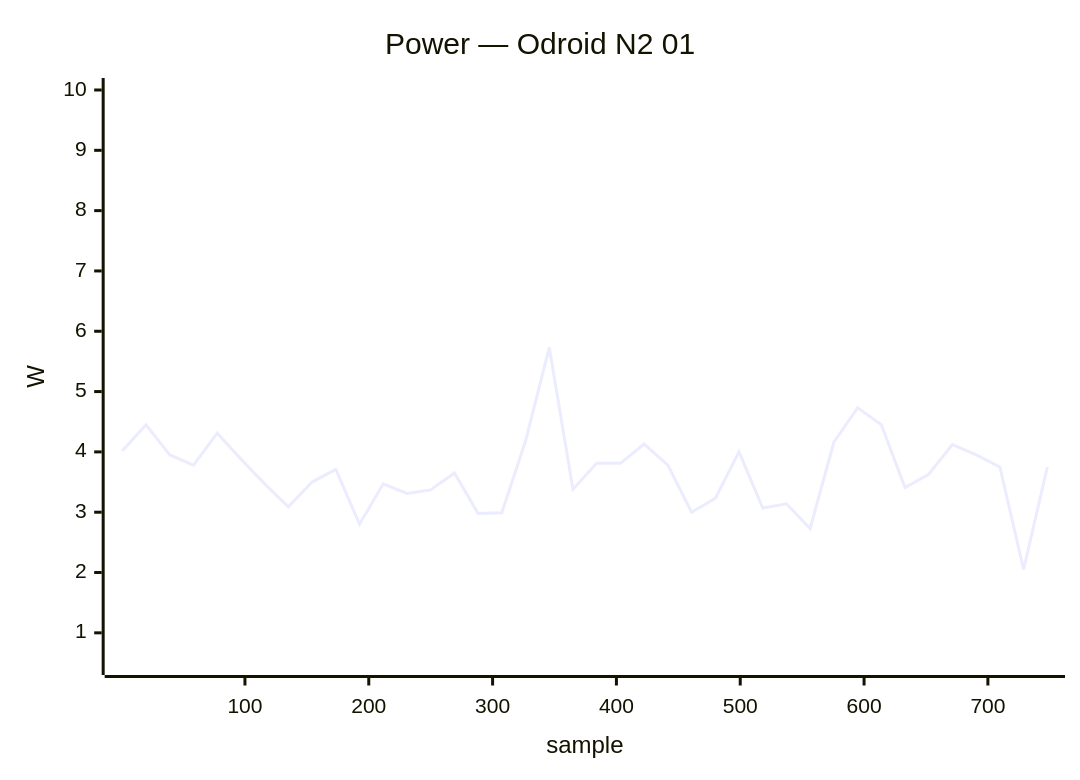
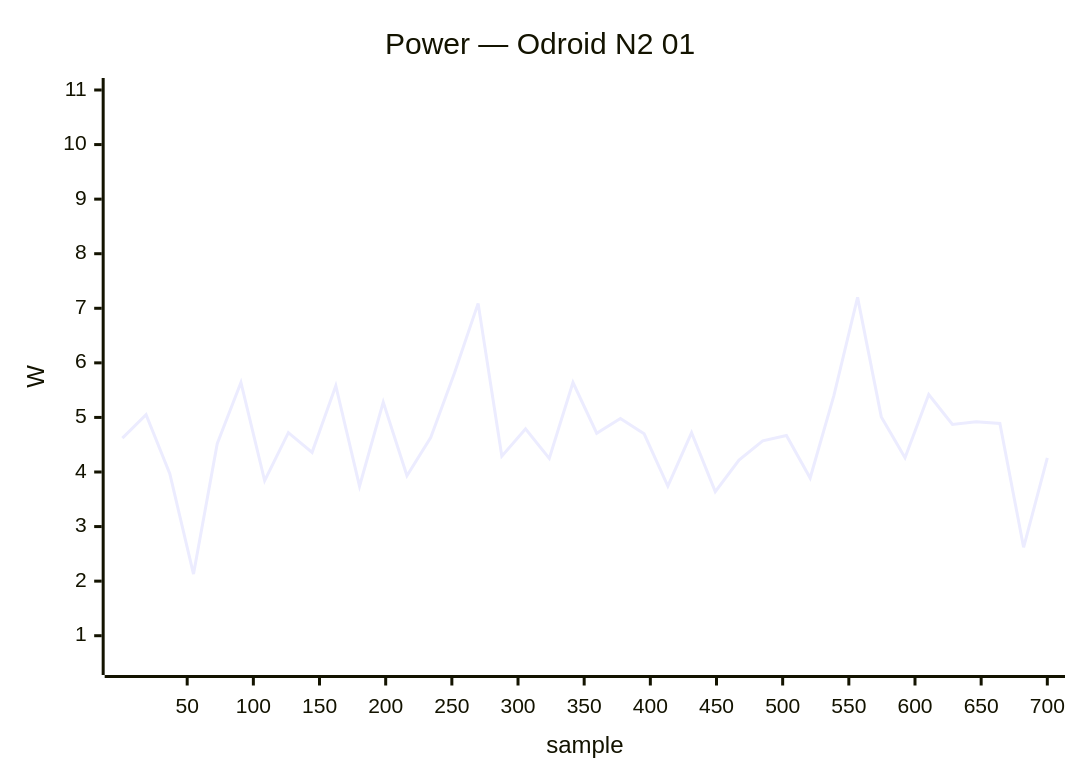
Before and after one commit to armbian/documentation: diagram 20 of 33 in docs/status/board-tests.md, drawn with Mermaid. The commit also changed other lines of this file, not shown here.

````diff
--- a/docs/status/board-tests.md
+++ b/docs/status/board-tests.md
@@ -1114,7 +1053,7 @@
 ```mermaid
 xychart-beta
     title "Power — Odroid N2 01"
-    x-axis "sample" 1 --> 748
-    y-axis "W" 0.5 --> 10.0
-    line [4.02, 4.45, 3.95, 3.78, 4.31, 3.88, 3.47, 3.09, 3.50, 3.71, 2.80, 3.47, 3.31, 3.37, 3.65, 2.98, 2.99, 4.18, 5.73, 3.38, 3.81, 3.81, 4.13, 3.78, 3.00, 3.23, 4.00, 3.07, 3.14, 2.73, 4.16, 4.73, 4.45, 3.41, 3.63, 4.12, 3.95, 3.75, 2.05, 3.75]
+    x-axis "sample" 1 --> 700
+    y-axis "W" 0.5 --> 11.0
+    line [4.62, 5.05, 3.97, 2.13, 4.52, 5.64, 3.84, 4.72, 4.36, 5.58, 3.74, 5.28, 3.93, 4.63, 5.81, 7.09, 4.29, 4.79, 4.25, 5.64, 4.71, 4.98, 4.70, 3.74, 4.72, 3.64, 4.22, 4.57, 4.67, 3.89, 5.40, 7.20, 5.01, 4.26, 5.42, 4.87, 4.92, 4.89, 2.62, 4.26]
 ```
````
